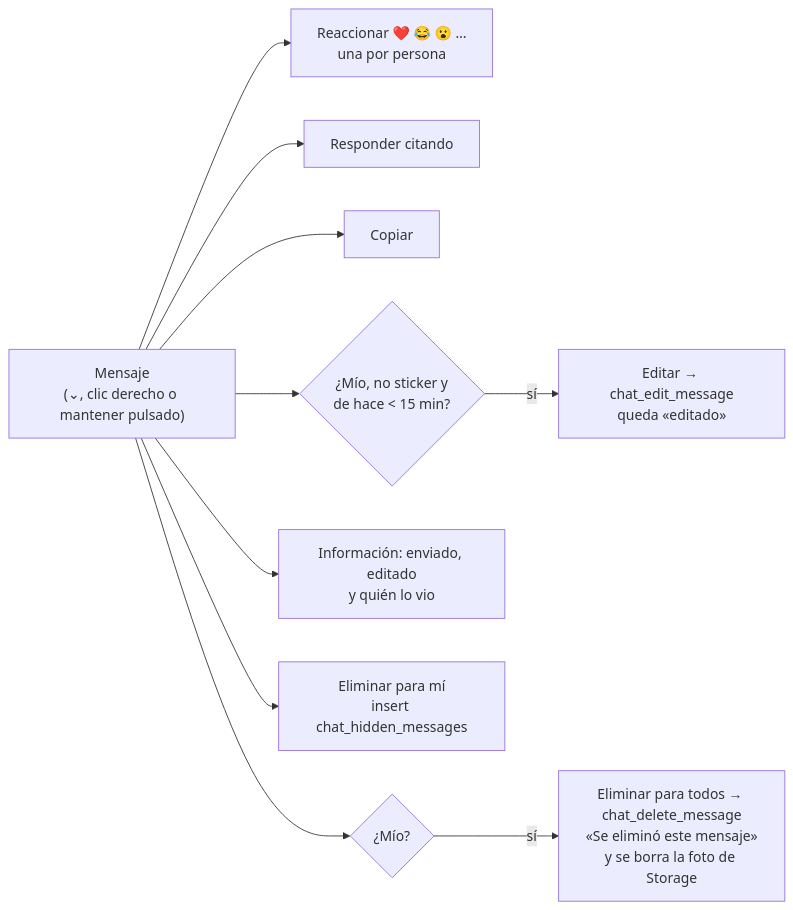
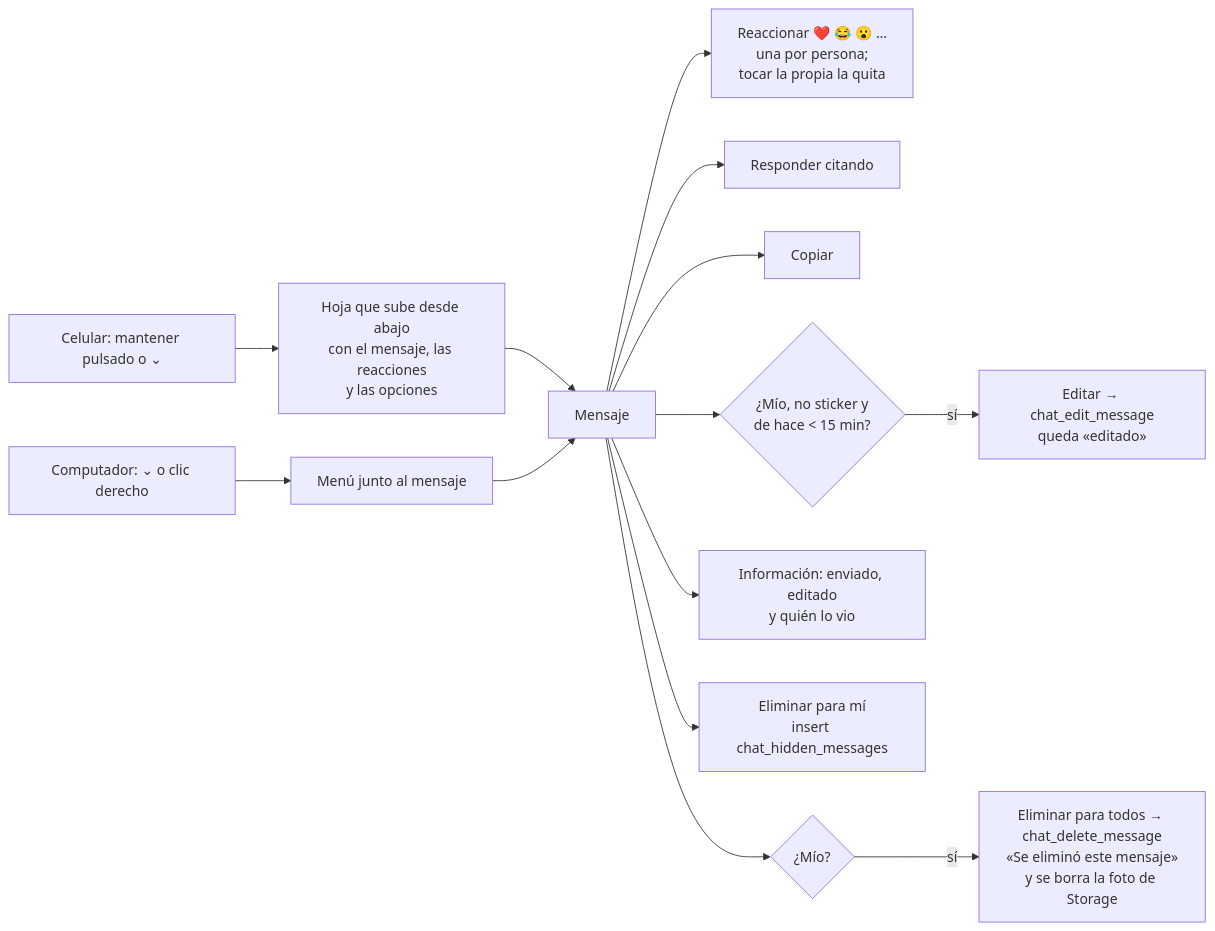
One commit to Juan-Carlos-Estevez-Vargas/Camila-Sanchez changed diagram 13 of 38 in docs/DIAGRAMAS.md. Above: the diagram before and after it, drawn with Mermaid. The commit also changed 5 other files, not shown here.

First line of the commit message:
fix(chat): reacciones en el celular con hoja inferior

````diff
--- a/docs/DIAGRAMAS.md
+++ b/docs/DIAGRAMAS.md
@@ -329,12 +329,16 @@
 ```mermaid
 flowchart LR
-  M["Mensaje<br/>(⌄, clic derecho o mantener pulsado)"] --> RE["Reaccionar ❤️ 😂 😮 …<br/>una por persona"]
+  T["Celular: mantener pulsado o ⌄"] --> H["Hoja que sube desde abajo<br/>con el mensaje, las reacciones<br/>y las opciones"]
+  D["Computador: ⌄ o clic derecho"] --> P["Menú junto al mensaje"]
+  H --> M["Mensaje"]
+  P --> M
+  M --> RE["Reaccionar ❤️ 😂 😮 …<br/>una por persona;<br/>tocar la propia la quita"]
   M --> RS["Responder citando"]
   M --> CP["Copiar"]
   M --> ED{"¿Mío, no sticker y<br/>de hace < 15 min?"}
   ED -- "sí" --> EDT["Editar → chat_edit_message<br/>queda «editado»"]
   M --> IN["Información: enviado, editado<br/>y quién lo vio"]
   M --> DM["Eliminar para mí<br/>insert chat_hidden_messages"]
   M --> DA{"¿Mío?"}
   DA -- "sí" --> DAL["Eliminar para todos → chat_delete_message<br/>«Se eliminó este mensaje»<br/>y se borra la foto de Storage"]
 ```
````
